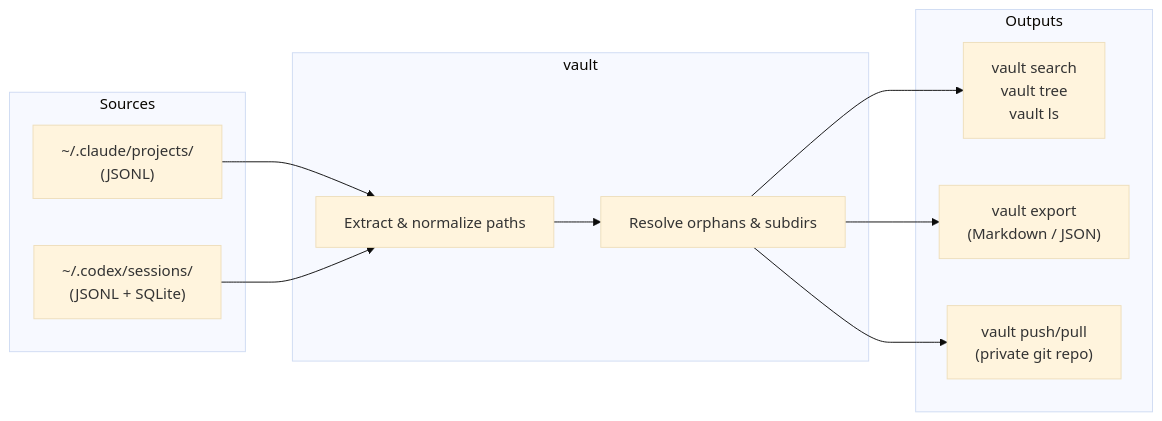
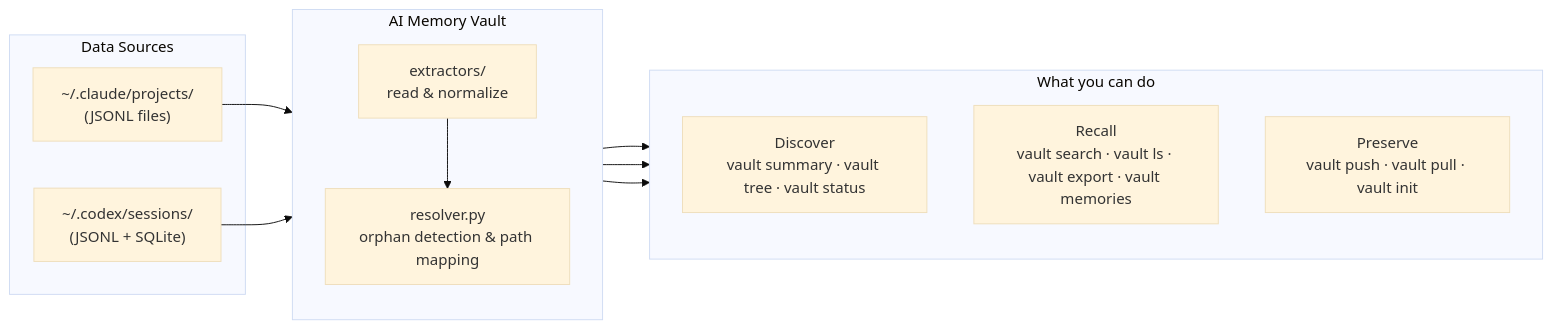
The diagram in README.md (sbsepul/ai-memory-vault), drawn with Mermaid (base theme) before and after one commit. The commit also changed other lines of this file and 4 other files, not shown here.

````diff
--- a/README.md
+++ b/README.md
@@ -22,25 +65,27 @@
 ```mermaid
 flowchart LR
-    subgraph Sources
-        A["~/.claude/projects/\n(JSONL)"]
+    subgraph Sources["Data Sources"]
+        A["~/.claude/projects/\n(JSONL files)"]
         B["~/.codex/sessions/\n(JSONL + SQLite)"]
     end
 
-    subgraph vault
-        C[Extract & normalize paths]
-        D[Resolve orphans & subdirs]
+    subgraph Core["AI Memory Vault"]
+        direction TB
+        C["extractors/\nread & normalize"]
+        D["resolver.py\norphan detection & path mapping"]
+        C --> D
     end
 
-    subgraph Outputs
-        E["vault search\nvault tree\nvault ls"]
-        F["vault export\n(Markdown / JSON)"]
-        G["vault push/pull\n(private git repo)"]
+    subgraph Outputs["What you can do"]
+        direction TB
+        E["Discover\nvault summary · vault tree · vault status"]
+        F["Recall\nvault search · vault ls · vault export · vault memories"]
+        G["Preserve\nvault push · vault pull · vault init"]
     end
 
     A --> C
     B --> C
-    C --> D
     D --> E
     D --> F
     D --> G
 ```
````
